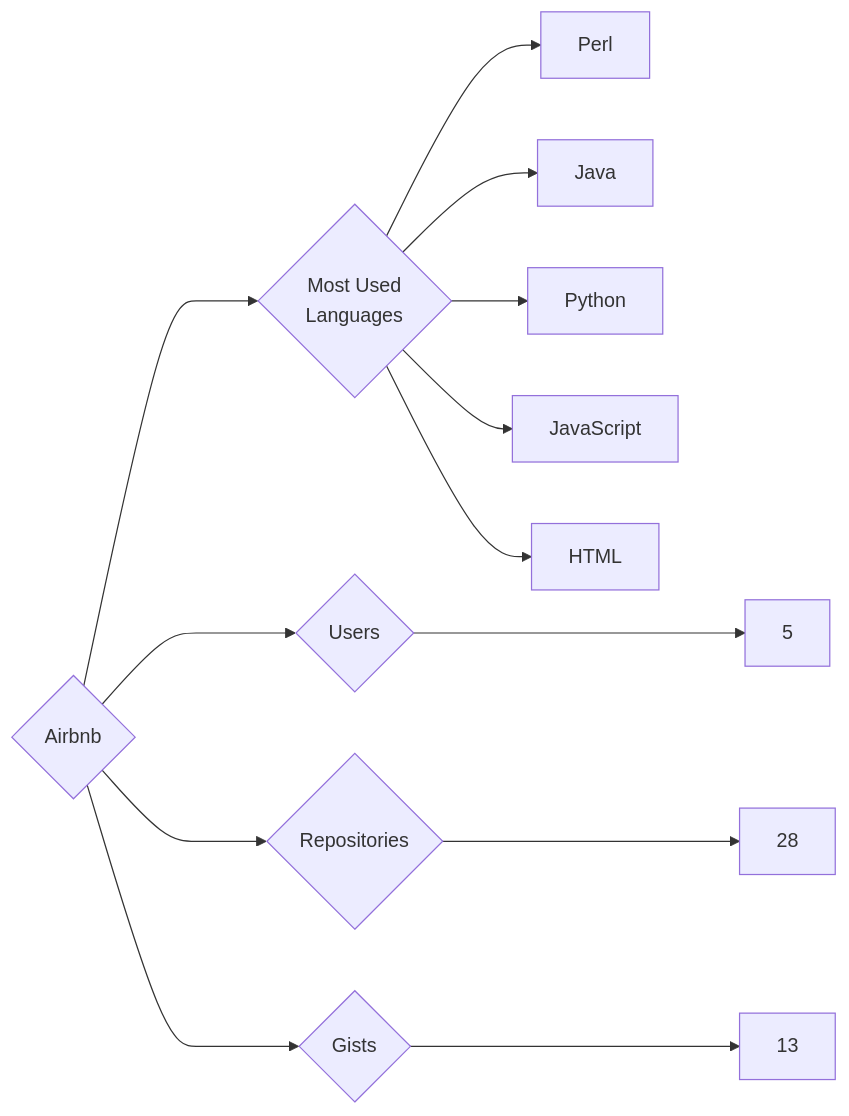
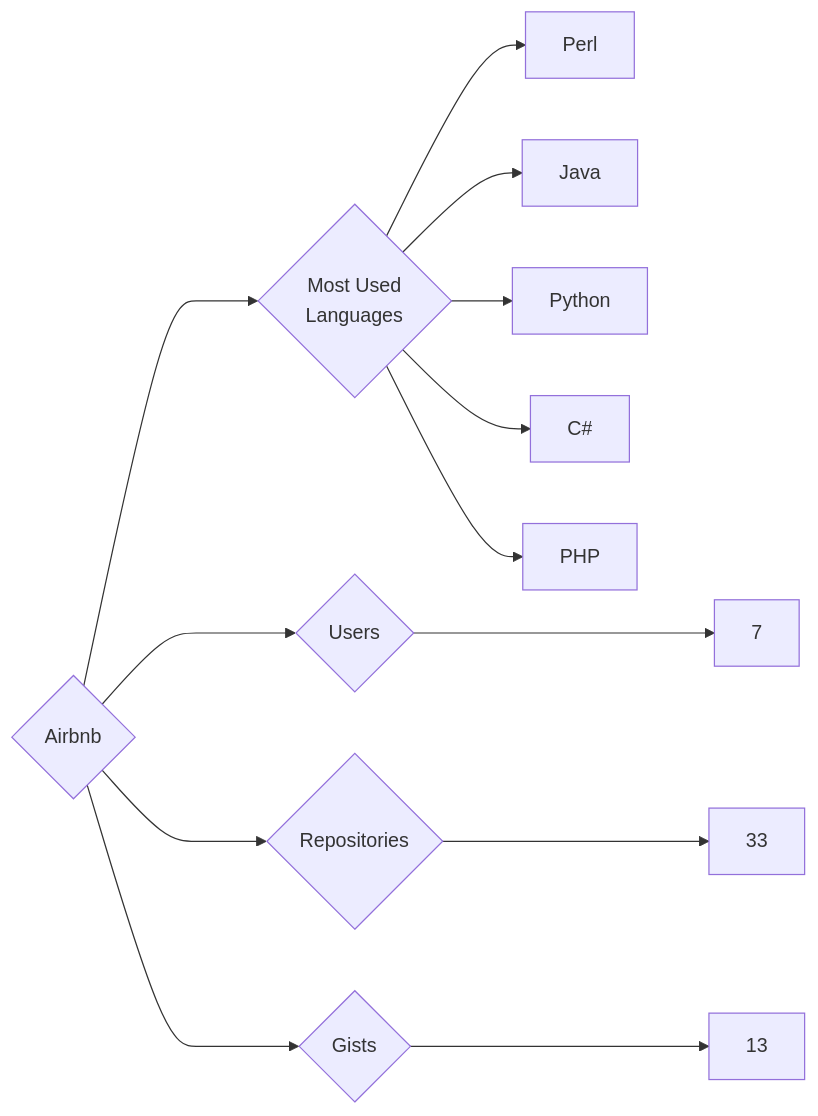
One commit to trickest/insiders changed the diagram in targets/Airbnb/README.md. Above: the diagram before and after it, drawn with Mermaid. The commit also changed 873 other files, not shown here.

````diff
--- a/targets/Airbnb/README.md
+++ b/targets/Airbnb/README.md
@@ -3,13 +3,13 @@
 ```mermaid
 graph LR
 COMPANY_NAME{Airbnb}
-COMPANY_NAME ---> U{Users} ---> UN[5]
-COMPANY_NAME ---> R{Repositories} ---> RN[28]
+COMPANY_NAME ---> U{Users} ---> UN[7]
+COMPANY_NAME ---> R{Repositories} ---> RN[33]
 COMPANY_NAME ---> G{Gists} ---> GN[13]
 COMPANY_NAME ---> ML{Most Used<br>Languages}
 ML --> Perl[Perl]
 ML --> Java[Java]
 ML --> Python[Python]
-ML --> JavaScript[JavaScript]
-ML --> HTML[HTML]
+ML --> C#[C#]
+ML --> PHP[PHP]
 ```
````
